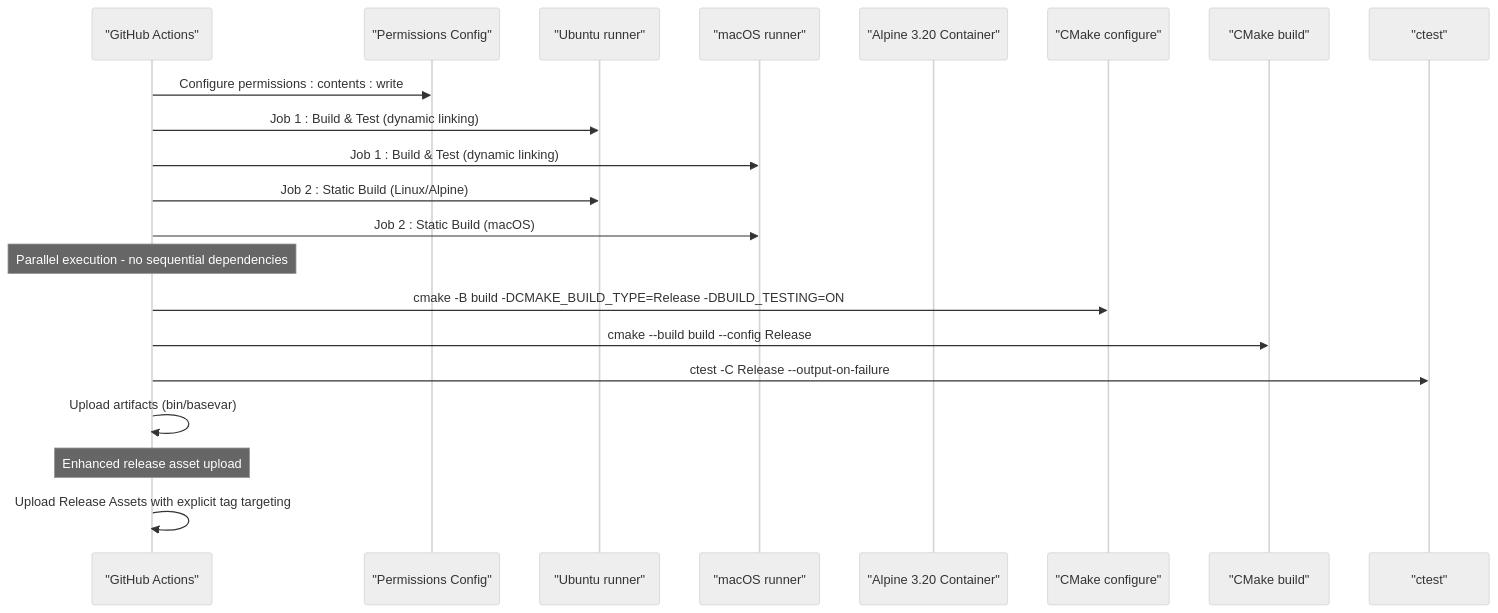
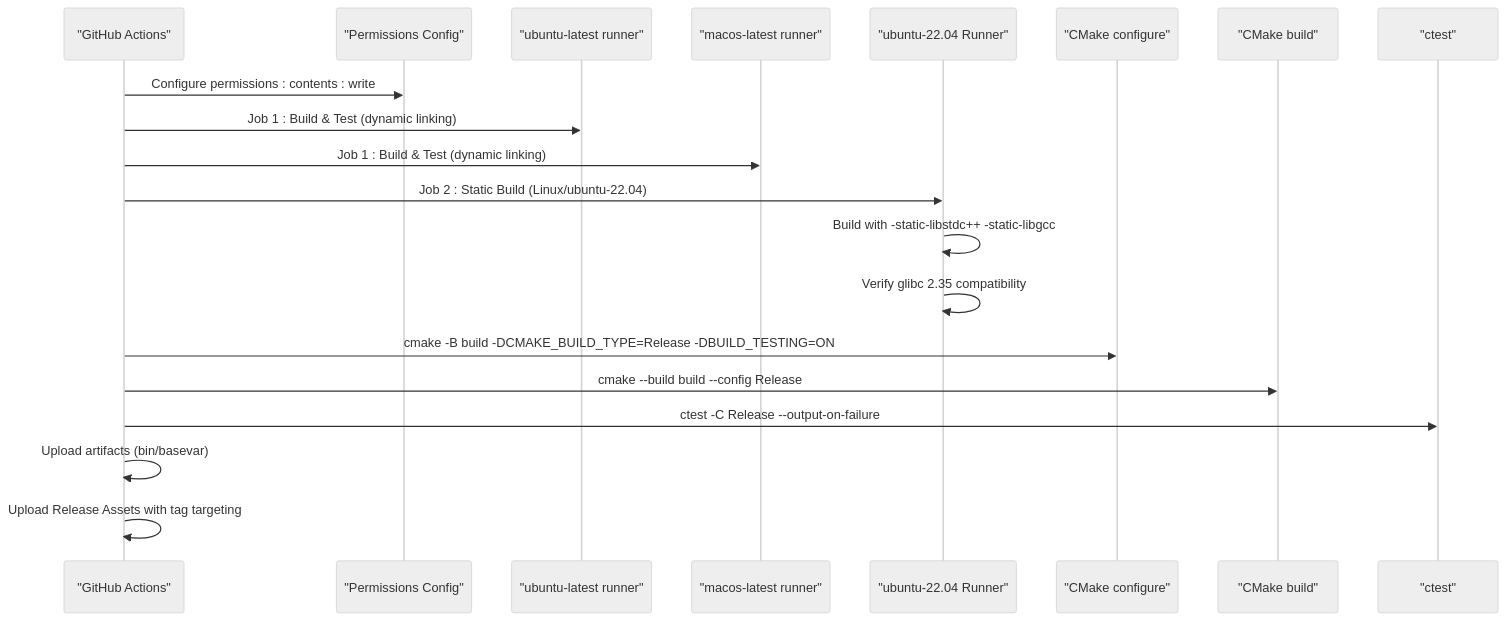
Before and after one commit to ShujiaHuang/BaseVar2: the seventh of 8 diagrams in .qoder/repowiki/en/content/Build System and Configuration.md, drawn with Mermaid (neutral theme). The commit also changed other lines of this file and 5 other files, not shown here.

````diff
--- a/.qoder/repowiki/en/content/Build System and Configuration.md
+++ b/.qoder/repowiki/en/content/Build System and Configuration.md
@@ -299,23 +321,22 @@
 ```mermaid
 sequenceDiagram
 participant GH as "GitHub Actions"
 participant Perm as "Permissions Config"
-participant Linux as "Ubuntu runner"
-participant Mac as "macOS runner"
-participant Alpine as "Alpine 3.20 Container"
+participant Ubuntu as "ubuntu-latest runner"
+participant Mac as "macos-latest runner"
+participant Runner as "ubuntu-22.04 Runner"
 participant Cfg as "CMake configure"
 participant Bld as "CMake build"
 participant Tst as "ctest"
 GH->>Perm : Configure permissions : contents : write
-GH->>Linux : Job 1 : Build & Test (dynamic linking)
+GH->>Ubuntu : Job 1 : Build & Test (dynamic linking)
 GH->>Mac : Job 1 : Build & Test (dynamic linking)
-GH->>Linux : Job 2 : Static Build (Linux/Alpine)
-GH->>Mac : Job 2 : Static Build (macOS)
-Note over GH : Parallel execution - no sequential dependencies
+GH->>Runner : Job 2 : Static Build (Linux/ubuntu-22.04)
+Runner->>Runner : Build with -static-libstdc++ -static-libgcc
+Runner->>Runner : Verify glibc 2.35 compatibility
 GH->>Cfg : cmake -B build -DCMAKE_BUILD_TYPE=Release -DBUILD_TESTING=ON
 GH->>Bld : cmake --build build --config Release
 GH->>Tst : ctest -C Release --output-on-failure
 GH->>GH : Upload artifacts (bin/basevar)
-Note over GH : Enhanced release asset upload
-GH->>GH : Upload Release Assets with explicit tag targeting
+GH->>GH : Upload Release Assets with tag targeting
 ```
````
